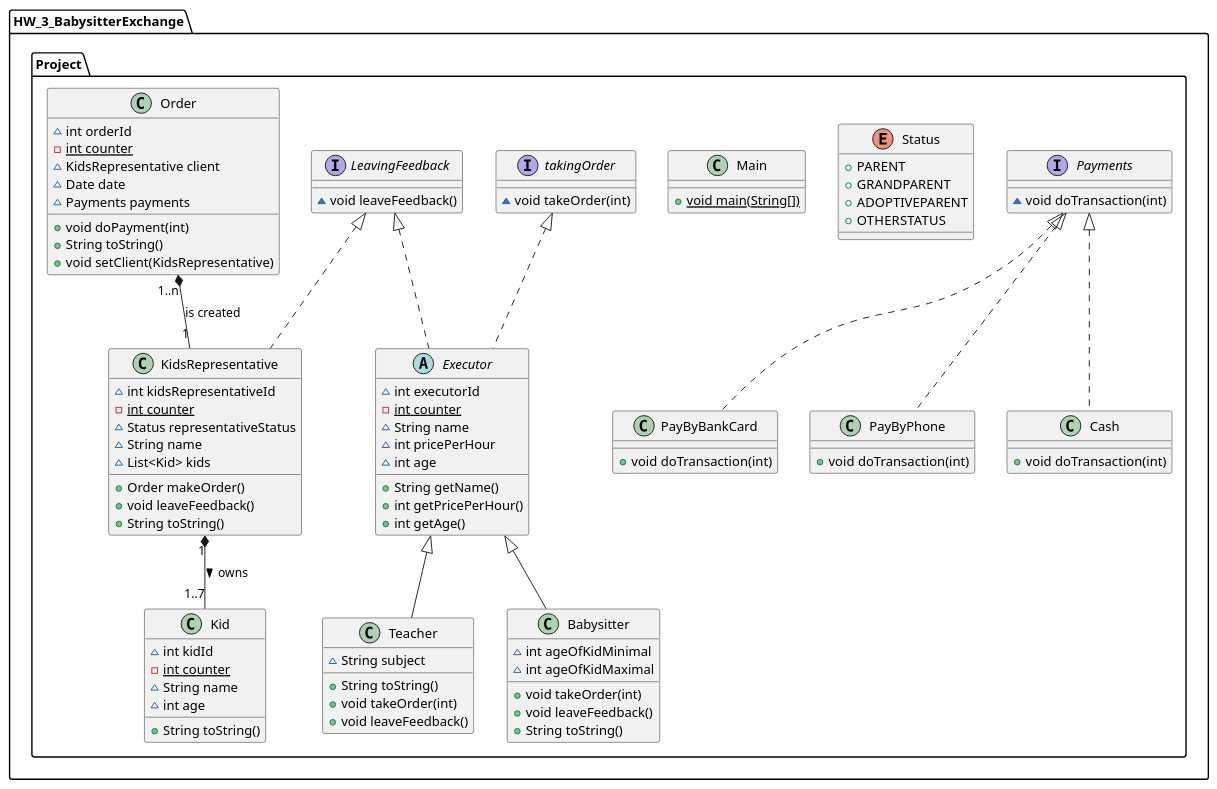
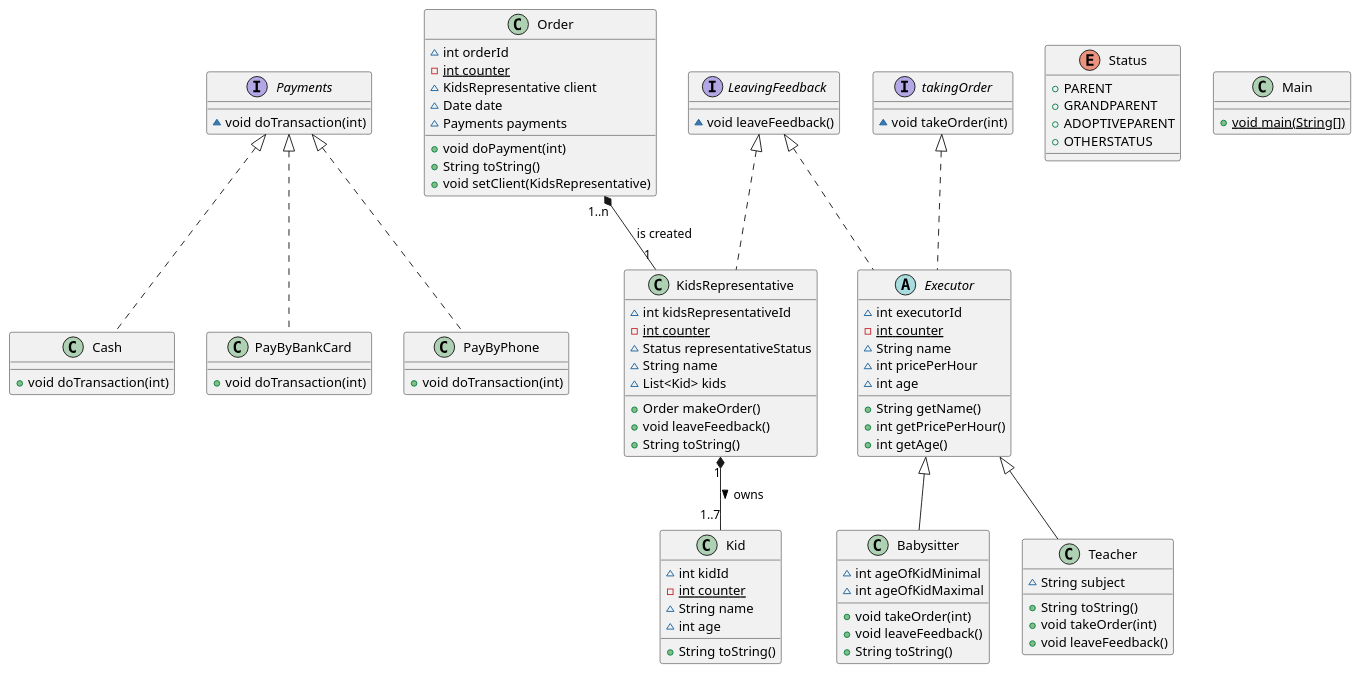
The diagram in BabysitterExchangeUML.puml (yuliauvarova/Architecture_course), drawn with PlantUML before and after one commit. The commit also changed 31 other files, not shown here.

```diff
--- a/BabysitterExchangeUML.puml
+++ b/BabysitterExchangeUML.puml
@@ -1,114 +1,114 @@
 @startuml
-class HW_3_BabysitterExchange.Project.Cash {
+class Cash {
 + void doTransaction(int)
 }
 
-class HW_3_BabysitterExchange.Project.PayByBankCard {
+class PayByBankCard {
 + void doTransaction(int)
 }
 
-class HW_3_BabysitterExchange.Project.Kid {
+class Kid {
 ~ int kidId
 - {static} int counter
 ~ String name
 ~ int age
 + String toString()
 }
 
-class HW_3_BabysitterExchange.Project.PayByPhone {
+class PayByPhone {
 + void doTransaction(int)
 }
 
-interface HW_3_BabysitterExchange.Project.takingOrder {
+interface takingOrder {
 ~ void takeOrder(int)
 }
 
-class HW_3_BabysitterExchange.Project.KidsRepresentative {
+class KidsRepresentative {
 ~ int kidsRepresentativeId
 - {static} int counter
 ~ Status representativeStatus
 ~ String name
 ~ List<Kid> kids
 + Order makeOrder()
 + void leaveFeedback()
 + String toString()
 }
 
-enum HW_3_BabysitterExchange.Project.Status {
+enum Status {
 +  PARENT
 +  GRANDPARENT
 +  ADOPTIVEPARENT
 +  OTHERSTATUS
 }
 
-abstract class HW_3_BabysitterExchange.Project.Executor {
+abstract class Executor {
 ~ int executorId
 - {static} int counter
 ~ String name
 ~ int pricePerHour
 ~ int age
 + String getName()
 + int getPricePerHour()
 + int getAge()
 }
 
-class HW_3_BabysitterExchange.Project.Main {
+class Main {
 + {static} void main(String[])
 }
 
-class HW_3_BabysitterExchange.Project.Babysitter {
+class Babysitter {
 ~ int ageOfKidMinimal
 ~ int ageOfKidMaximal
 + void takeOrder(int)
 + void leaveFeedback()
 + String toString()
 }
 
-class HW_3_BabysitterExchange.Project.Teacher {
+class Teacher {
 ~ String subject
 + String toString()
 + void takeOrder(int)
 + void leaveFeedback()
 }
 
-interface HW_3_BabysitterExchange.Project.Payments {
+interface Payments {
 ~ void doTransaction(int)
 }
 
-class HW_3_BabysitterExchange.Project.Order {
+class Order {
 ~ int orderId
 - {static} int counter
 ~ KidsRepresentative client
 ~ Date date
 ~ Payments payments
 + void doPayment(int)
 + String toString()
 + void setClient(KidsRepresentative)
 }
 
-interface HW_3_BabysitterExchange.Project.LeavingFeedback {
+interface LeavingFeedback {
 ~ void leaveFeedback()
 }
 
 'Способы оплаты имплементируют интерфейс оплат
 Payments <|.. Cash
 Payments <|.. PayByBankCard
 Payments <|.. PayByPhone
 
 'Имплементация интерфесов классами KidsRepresentative и Executor
 LeavingFeedback <|.. KidsRepresentative
 takingOrder <|.. Executor
 LeavingFeedback <|.. Executor
 
 'Babysitter и Teacher наследуются от Executor
 Executor <|-- Babysitter
 Executor <|-- Teacher
 
 'Композиция - Ребенок в этом контексте не может существовать без взрослого,
 'родитель имеет минимум одного ребенка
 KidsRepresentative "1" *-- "1..7" Kid : owns >
 
 'Композиция: заказ не может существовать без заказчика.
 'У одного заказчика может быть много заказов.
 Order "1..n" *-- "1" KidsRepresentative : is created
 @enduml
```
